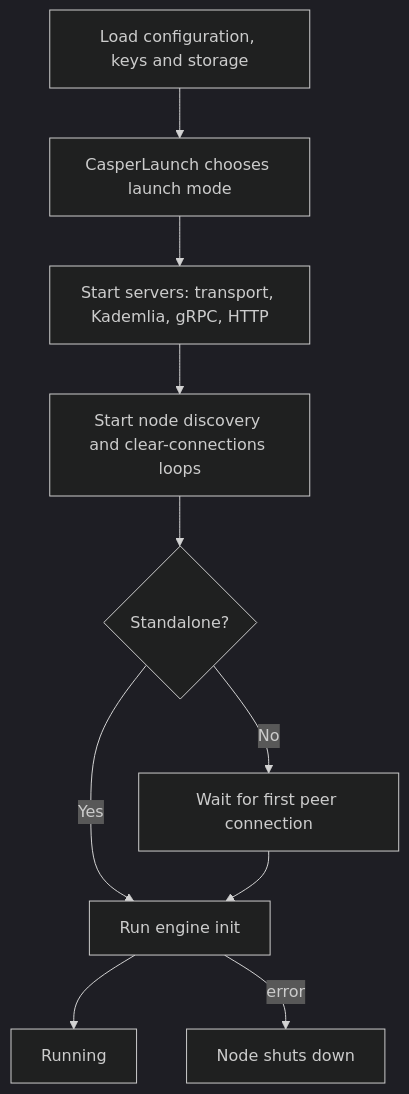
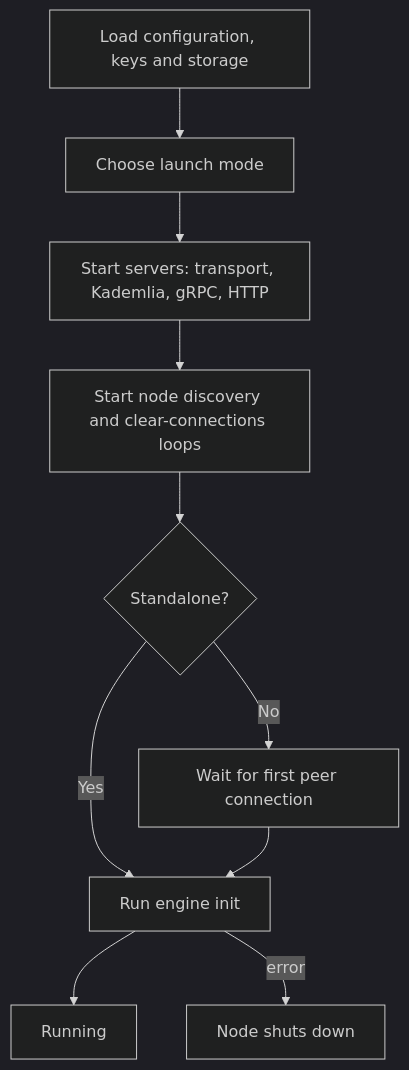
One commit to asi-alliance/asi-chain-docs-portal changed the first of 2 diagrams in architecture/state-diagrams/startup/index.md. Above: the diagram before and after it, drawn with Mermaid (dark theme). The commit also changed other lines of this file and 3 other files, not shown here.

Commit message:
[AS-913] Fix genesis transition, validation rejects and indexer schema notes

````diff
--- a/architecture/state-diagrams/startup/index.md
+++ b/architecture/state-diagrams/startup/index.md
@@ -9,12 +9,12 @@
 ```mermaid
 flowchart TD
-    A[Load configuration, keys and storage] --> B[CasperLaunch chooses launch mode]
+    A[Load configuration, keys and storage] --> B[Choose launch mode]
     B --> C[Start servers: transport, Kademlia, gRPC, HTTP]
     C --> D[Start node discovery and clear-connections loops]
     D --> E{Standalone?}
     E -->|No| F[Wait for first peer connection]
     E -->|Yes| G
     F --> G[Run engine init]
     G --> H[Running]
     G -->|error| X[Node shuts down]
 ```
````
